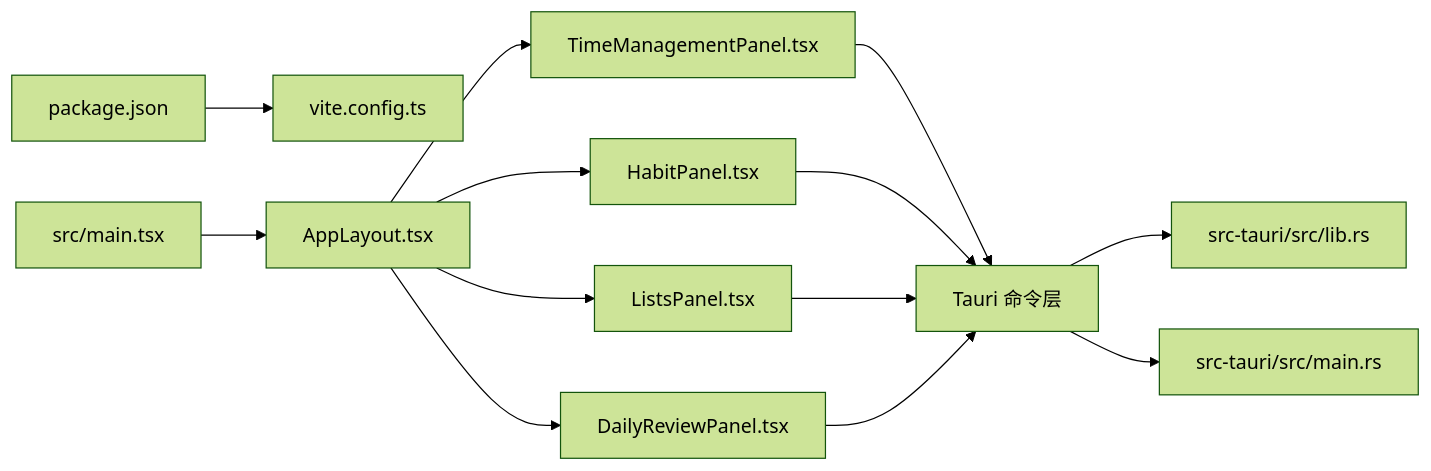
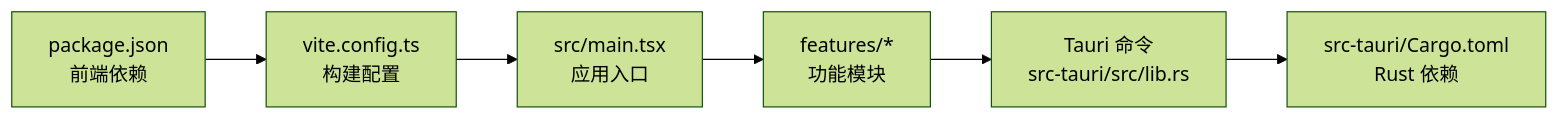
One commit to gzdxhujiale/FishWorker changed the eighth of 8 diagrams in .qoder/repowiki/zh/content/项目概述/项目介绍.md. Above: the diagram before and after it, drawn with Mermaid (forest theme). The commit also changed other lines of this file and 238 other files, not shown here.

````diff
--- a/.qoder/repowiki/zh/content/项目概述/项目介绍.md
+++ b/.qoder/repowiki/zh/content/项目概述/项目介绍.md
@@ -300,15 +358,8 @@
 ```mermaid
 graph LR
-Pkg["package.json"] --> Vite["vite.config.ts"]
-Main["src/main.tsx"] --> Layout["AppLayout.tsx"]
-Layout --> TM["TimeManagementPanel.tsx"]
-Layout --> HB["HabitPanel.tsx"]
-Layout --> LS["ListsPanel.tsx"]
-Layout --> DR["DailyReviewPanel.tsx"]
-TM --> Tauri["Tauri 命令层"]
-HB --> Tauri
-LS --> Tauri
-DR --> Tauri
-Tauri --> RustLib["src-tauri/src/lib.rs"]
-Tauri --> MainRs["src-tauri/src/main.rs"]
+PKG["package.json<br/>前端依赖"] --> VITE["vite.config.ts<br/>构建配置"]
+VITE --> MAIN["src/main.tsx<br/>应用入口"]
+MAIN --> FEAT["features/*<br/>功能模块"]
+FEAT --> Tauri["Tauri 命令<br/>src-tauri/src/lib.rs"]
+Tauri --> Cargo["src-tauri/Cargo.toml<br/>Rust 依赖"]
 ```
````
